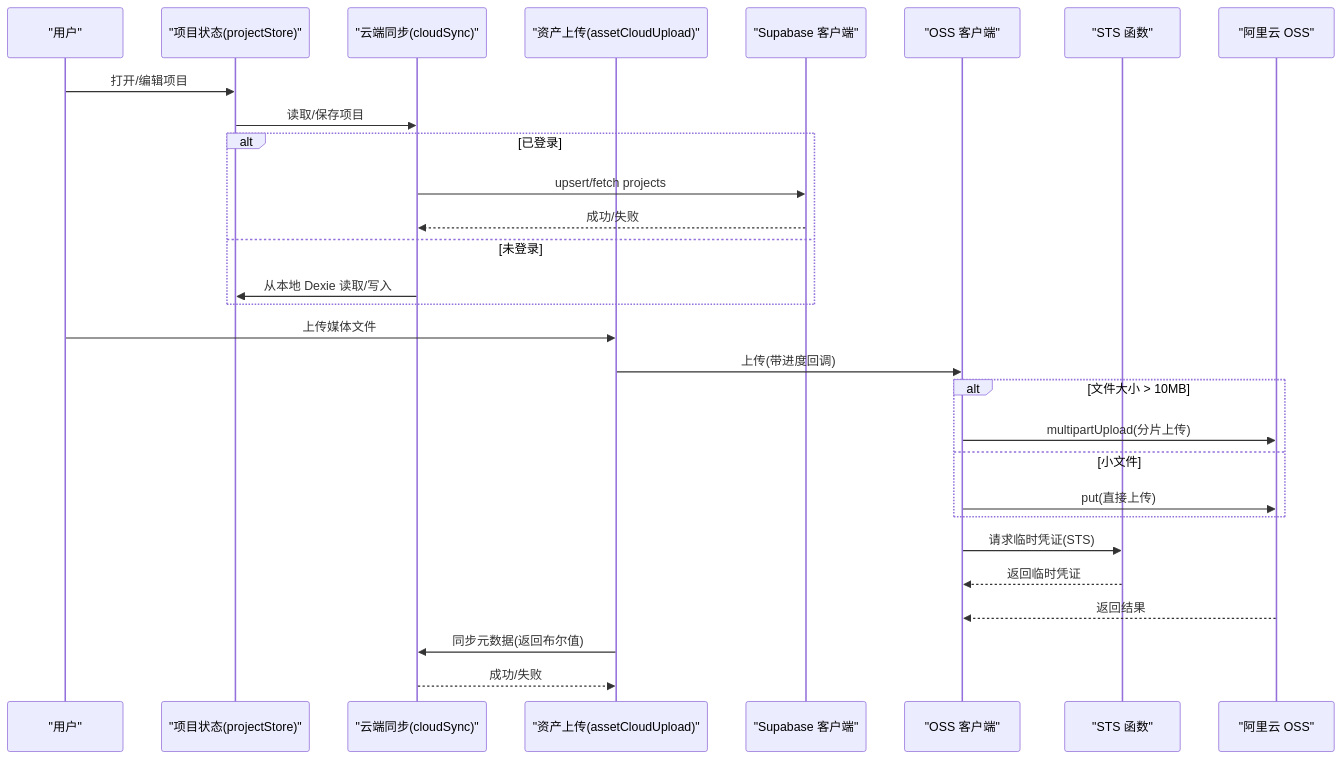
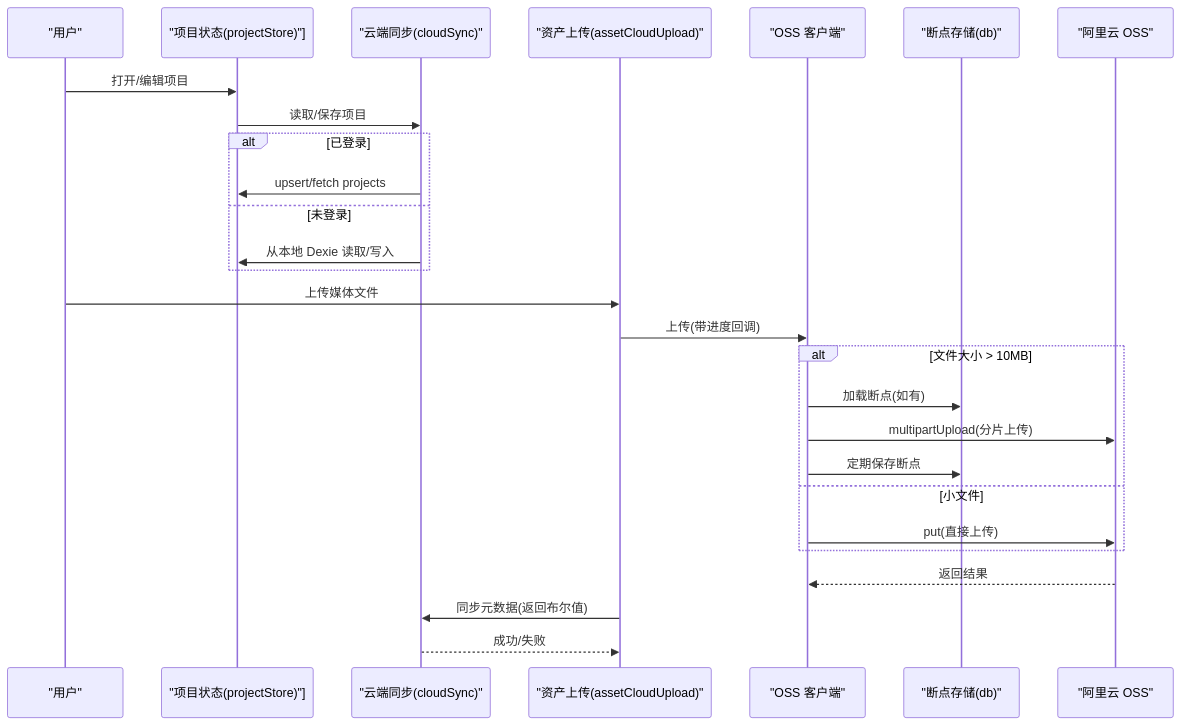
The second of 5 diagrams in .qoder/repowiki/zh/content/协作同步系统/云端同步.md (suqi-bot/SuQCanvas), drawn with Mermaid before and after one commit. The commit also changed other lines of this file and 10 other files, not shown here.

````diff
--- a/.qoder/repowiki/zh/content/协作同步系统/云端同步.md
+++ b/.qoder/repowiki/zh/content/协作同步系统/云端同步.md
@@ -150,31 +156,29 @@
 ```mermaid
 sequenceDiagram
 participant U as "用户"
-participant P as "项目状态(projectStore)"
+participant P as "项目状态(projectStore)"]
 participant C as "云端同步(cloudSync)"
 participant A as "资产上传(assetCloudUpload)"
-participant S as "Supabase 客户端"
 participant O as "OSS 客户端"
-participant F as "STS 函数"
+participant D as "断点存储(db)"
 participant B as "阿里云 OSS"
 U->>P : 打开/编辑项目
 P->>C : 读取/保存项目
 alt 已登录
-C->>S : upsert/fetch projects
-S-->>C : 成功/失败
+C->>P : upsert/fetch projects
 else 未登录
 C->>P : 从本地 Dexie 读取/写入
 end
 U->>A : 上传媒体文件
 A->>O : 上传(带进度回调)
 alt 文件大小 > 10MB
+O->>D : 加载断点(如有)
 O->>B : multipartUpload(分片上传)
+O->>D : 定期保存断点
 else 小文件
 O->>B : put(直接上传)
 end
-O->>F : 请求临时凭证(STS)
-F-->>O : 返回临时凭证
 B-->>O : 返回结果
 A->>C : 同步元数据(返回布尔值)
 C-->>A : 成功/失败
 ```
````
